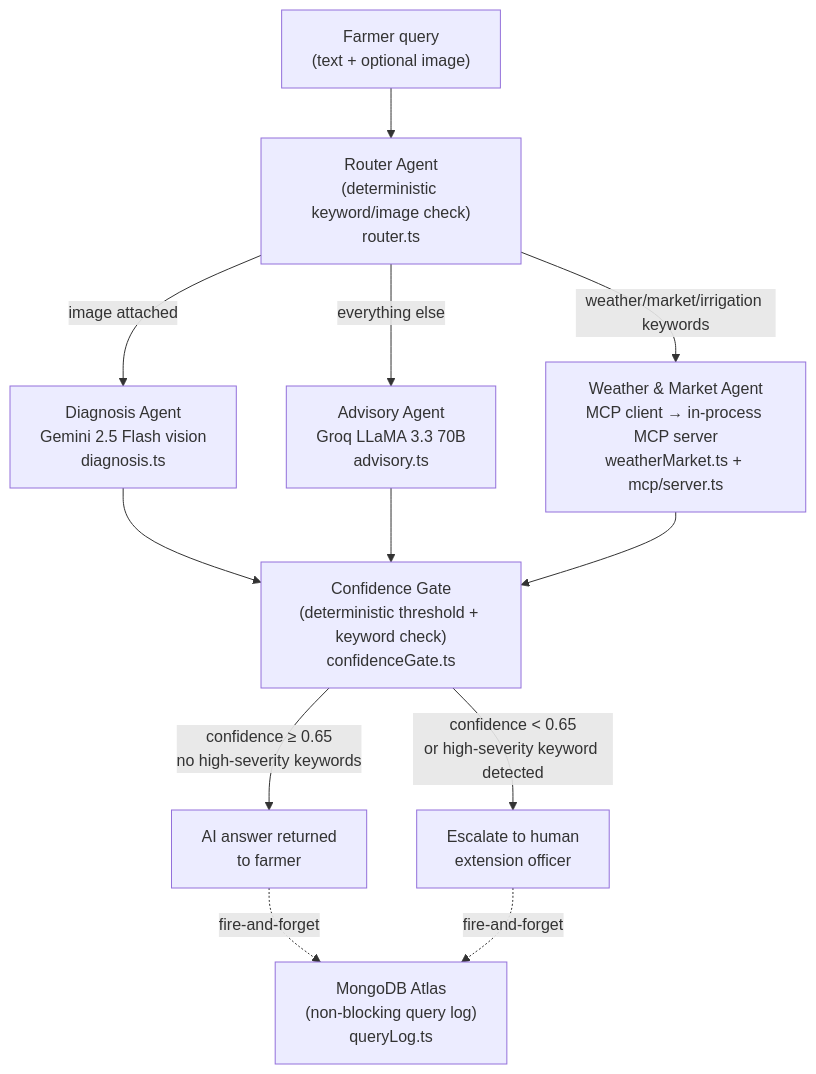
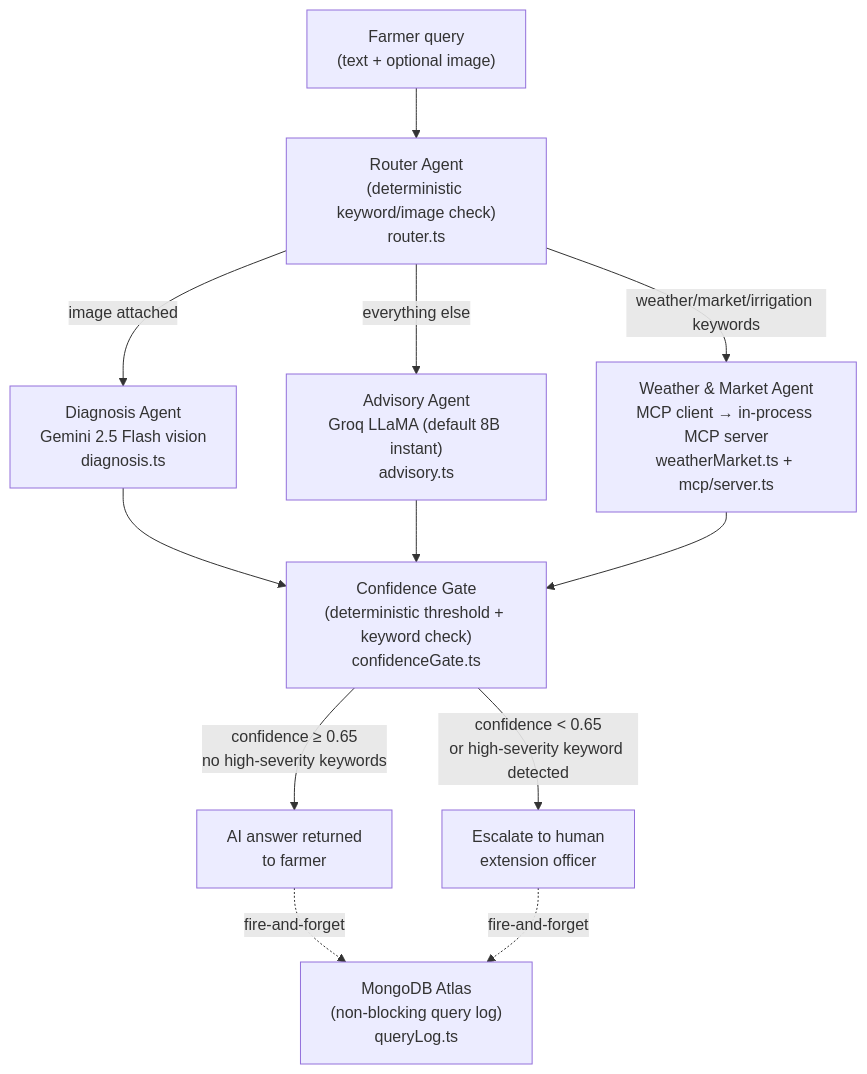
One commit to nameershah/F.A.R.M.E.R. changed the diagram in README.md. Above: the diagram before and after it, drawn with Mermaid. The commit also changed other lines of this file, not shown here.

````diff
--- a/README.md
+++ b/README.md
@@ -17,24 +17,24 @@
 ```mermaid
 flowchart TD
     Farmer["Farmer query\n(text + optional image)"]
     Router["Router Agent\n(deterministic keyword/image check)\nrouter.ts"]
     Diagnosis["Diagnosis Agent\nGemini 2.5 Flash vision\ndiagnosis.ts"]
-    Advisory["Advisory Agent\nGroq LLaMA 3.3 70B\nadvisory.ts"]
+    Advisory["Advisory Agent\nGroq LLaMA (default 8B instant)\nadvisory.ts"]
     WeatherMarket["Weather & Market Agent\nMCP client → in-process MCP server\nweatherMarket.ts + mcp/server.ts"]
     Gate["Confidence Gate\n(deterministic threshold + keyword check)\nconfidenceGate.ts"]
     AIAnswer["AI answer returned\nto farmer"]
     Escalate["Escalate to human\nextension officer"]
     Mongo["MongoDB Atlas\n(non-blocking query log)\nqueryLog.ts"]
 
     Farmer --> Router
     Router -->|"image attached"| Diagnosis
     Router -->|"weather/market/irrigation keywords"| WeatherMarket
     Router -->|"everything else"| Advisory
     Diagnosis --> Gate
     Advisory --> Gate
     WeatherMarket --> Gate
     Gate -->|"confidence ≥ 0.65\nno high-severity keywords"| AIAnswer
     Gate -->|"confidence < 0.65\nor high-severity keyword detected"| Escalate
     AIAnswer -.->|"fire-and-forget"| Mongo
     Escalate -.->|"fire-and-forget"| Mongo
 ```
````
